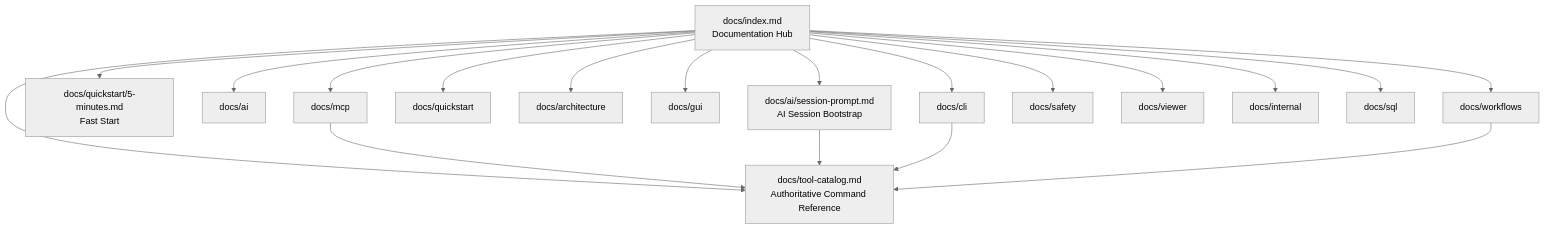
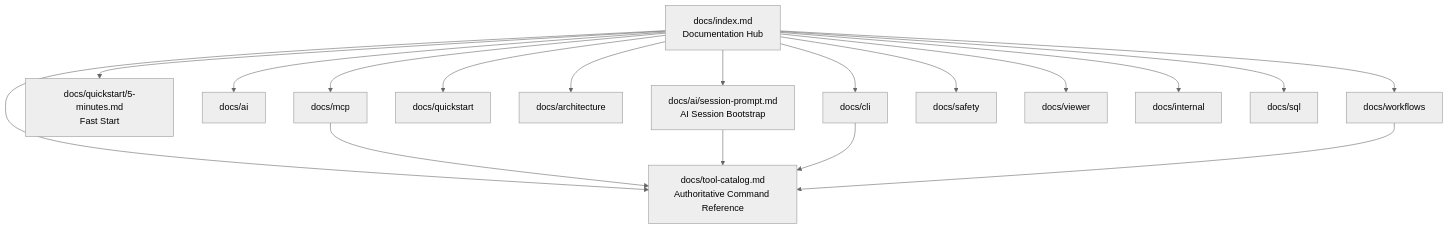
Before and after one commit to gzeuner/zeus-rpg-promptkit: the diagram in docs/index.md, drawn with Mermaid (neutral theme). The commit also changed other lines of this file and 15 other files, not shown here.

````diff
--- a/docs/index.md
+++ b/docs/index.md
@@ -51,23 +50,22 @@
 ```mermaid
 flowchart TD
     A[docs/index.md\nDocumentation Hub] --> B[docs/tool-catalog.md\nAuthoritative Command Reference]
     A --> C[docs/ai/session-prompt.md\nAI Session Bootstrap]
     A --> D[docs/quickstart/5-minutes.md\nFast Start]
 
     A --> E[docs/ai]
     A --> F[docs/cli]
     A --> G[docs/quickstart]
     A --> G2[docs/architecture]
-    A --> G3[docs/gui]
     A --> H[docs/mcp]
     A --> I[docs/workflows]
     A --> J[docs/safety]
     A --> K[docs/viewer]
     A --> L[docs/internal]
     A --> M[docs/sql]
 
     H --> B
     C --> B
     F --> B
     I --> B
 ```
````
